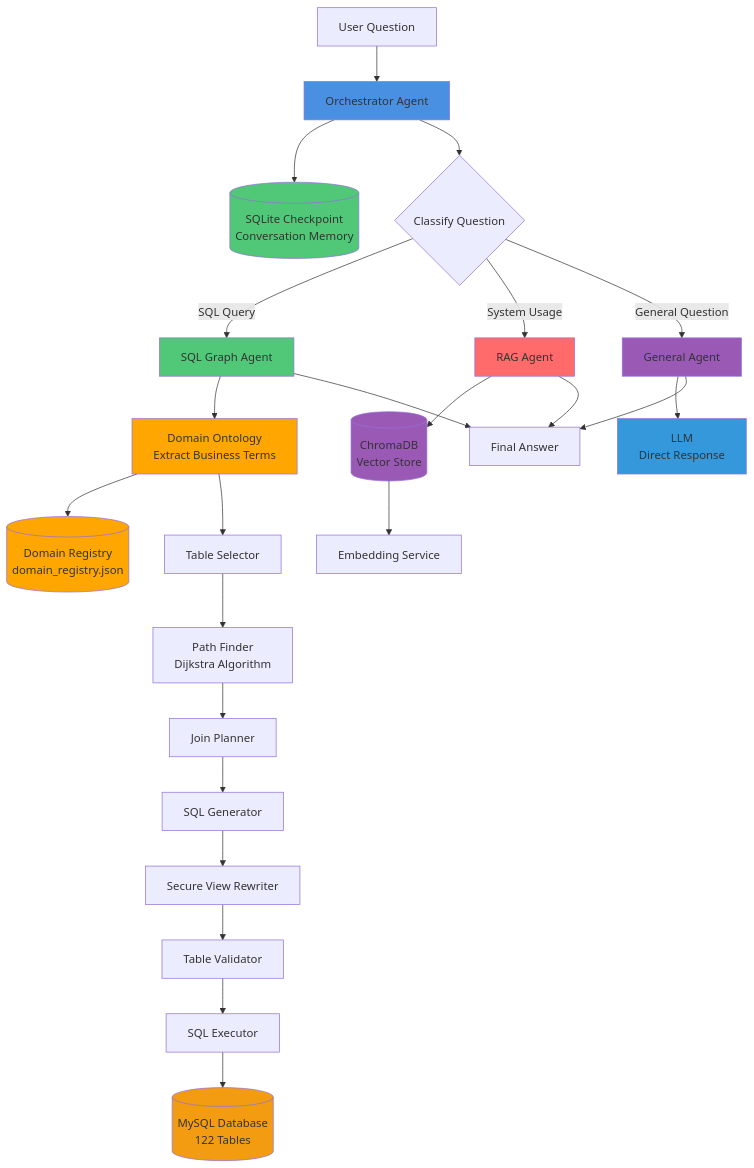
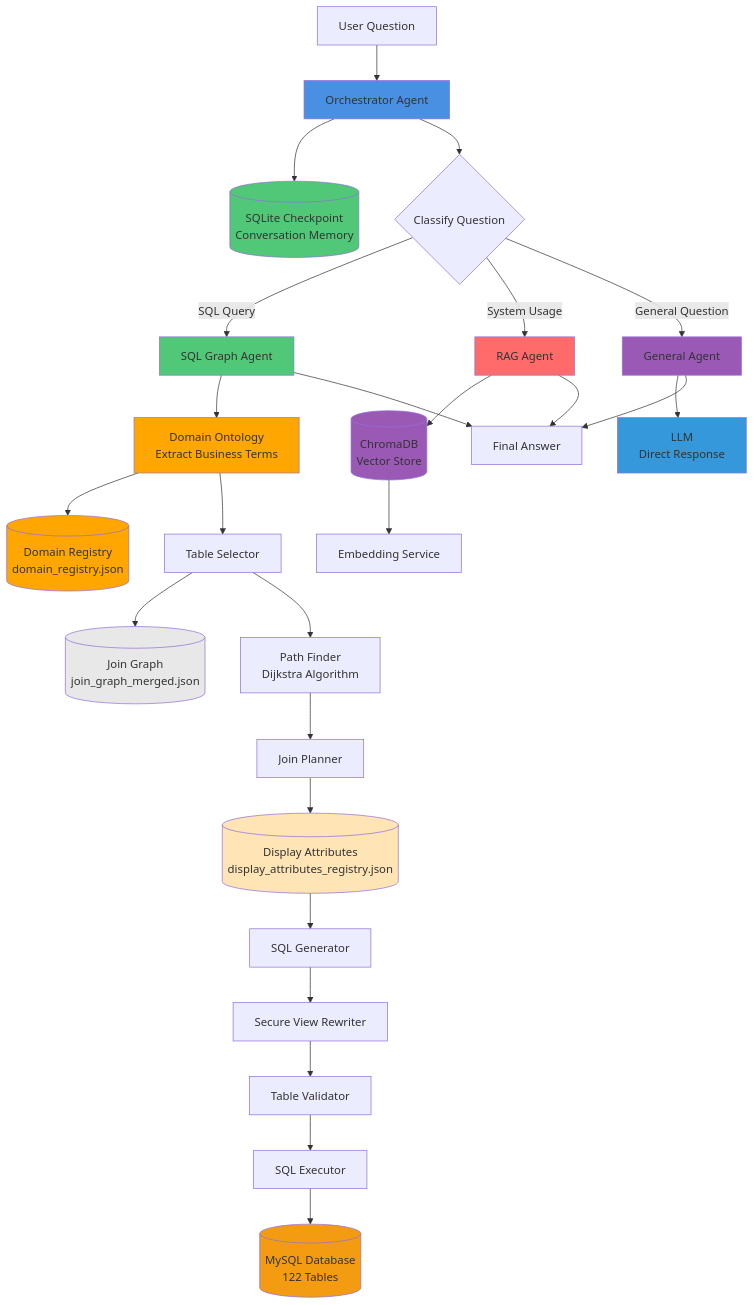
The second of 17 diagrams in docs/ARCHITECTURE.md (sandinosaso/advanced-ai-agent), drawn with Mermaid before and after one commit. The commit also changed other lines of this file and 2 other files, not shown here.

````diff
--- a/docs/ARCHITECTURE.md
+++ b/docs/ARCHITECTURE.md
@@ -69,40 +69,44 @@
 ```mermaid
 graph TB
     User[User Question] --> Orchestrator[Orchestrator Agent]
     Orchestrator --> Checkpoint[(SQLite Checkpoint<br/>Conversation Memory)]
     Orchestrator --> Classify{Classify Question}
     Classify -->|SQL Query| SQLAgent[SQL Graph Agent]
     Classify -->|System Usage| RAGAgent[RAG Agent]
     Classify -->|General Question| GeneralAgent[General Agent]
     
     SQLAgent --> DomainOntology[Domain Ontology<br/>Extract Business Terms]
     DomainOntology --> DomainRegistry[(Domain Registry<br/>domain_registry.json)]
     DomainOntology --> TableSelector[Table Selector]
+    TableSelector --> JoinGraph[(Join Graph<br/>join_graph_merged.json)]
     TableSelector --> PathFinder[Path Finder<br/>Dijkstra Algorithm]
     PathFinder --> JoinPlanner[Join Planner]
-    JoinPlanner --> SQLGen[SQL Generator]
+    JoinPlanner --> DisplayAttrs[(Display Attributes<br/>display_attributes_registry.json)]
+    DisplayAttrs --> SQLGen[SQL Generator]
     SQLGen --> SecureRewrite[Secure View Rewriter]
     SecureRewrite --> Validator[Table Validator]
     Validator --> Executor[SQL Executor]
     Executor --> MySQL[(MySQL Database<br/>122 Tables)]
     
     RAGAgent --> VectorStore[(ChromaDB<br/>Vector Store)]
     VectorStore --> Embeddings[Embedding Service]
     
     GeneralAgent --> LLM[LLM<br/>Direct Response]
     
     SQLAgent --> Result[Final Answer]
     RAGAgent --> Result
     GeneralAgent --> Result
     
     style Orchestrator fill:#4A90E2
     style SQLAgent fill:#50C878
     style RAGAgent fill:#FF6B6B
     style GeneralAgent fill:#9B59B6
     style MySQL fill:#F39C12
     style VectorStore fill:#9B59B6
     style LLM fill:#3498DB
     style Checkpoint fill:#50C878
     style DomainOntology fill:#FFA700
     style DomainRegistry fill:#FFA700
+    style JoinGraph fill:#E8E8E8
+    style DisplayAttrs fill:#FFE4B5
 ```
````
